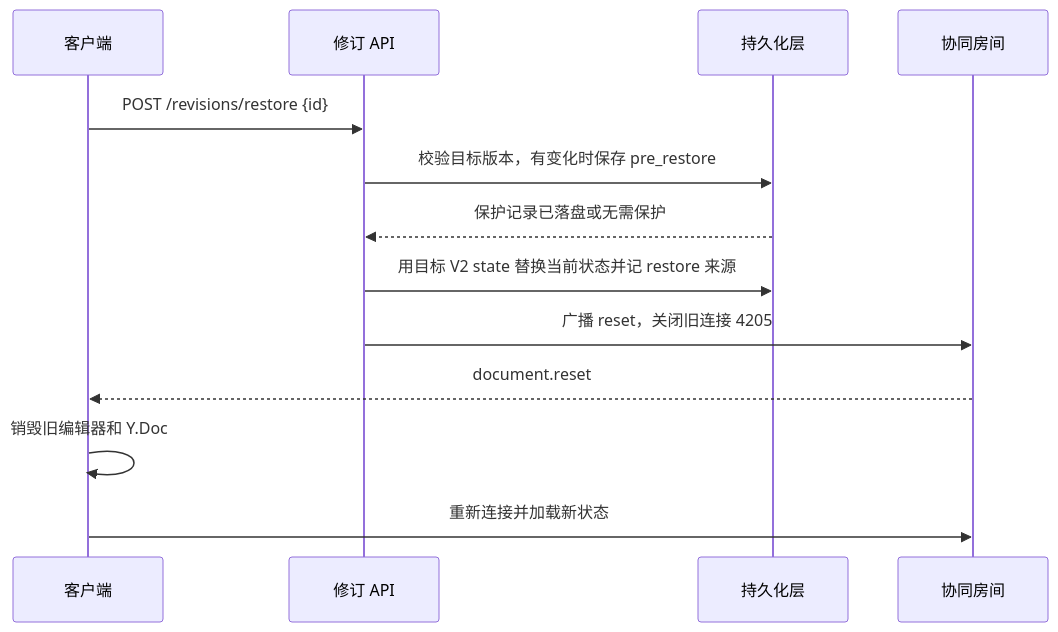
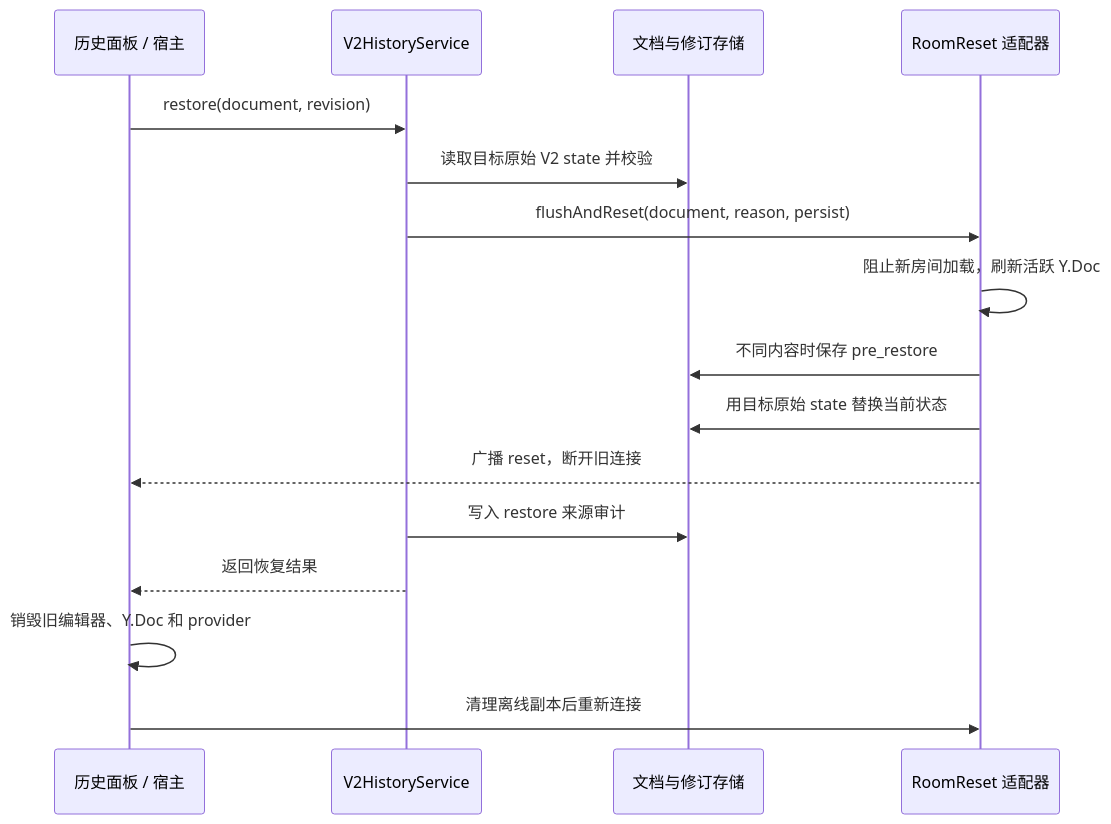
One commit to MoMeak9/tiptap-yjs-snapshot changed the second of 2 diagrams in docs/architecture.zh-CN.md. Above: the diagram before and after it, drawn with Mermaid. The commit also changed other lines of this file and 72 other files, not shown here.

Commit message:
feat: open-source adapted V2 revision history modules

````diff
--- a/docs/architecture.zh-CN.md
+++ b/docs/architecture.zh-CN.md
@@ -43,15 +48,18 @@
 ```mermaid
 sequenceDiagram
-  participant UI as 客户端
-  participant API as 修订 API
-  participant Store as 持久化层
-  participant Room as 协同房间
-  UI->>API: POST /revisions/restore {id}
-  API->>Store: 校验目标版本，有变化时保存 pre_restore
-  Store-->>API: 保护记录已落盘或无需保护
-  API->>Store: 用目标 V2 state 替换当前状态并记 restore 来源
-  API->>Room: 广播 reset，关闭旧连接 4205
-  Room-->>UI: document.reset
-  UI->>UI: 销毁旧编辑器和 Y.Doc
-  UI->>Room: 重新连接并加载新状态
+  participant UI as 历史面板 / 宿主
+  participant API as V2HistoryService
+  participant Store as 文档与修订存储
+  participant Room as RoomReset 适配器
+  UI->>API: restore(document, revision)
+  API->>Store: 读取目标原始 V2 state 并校验
+  API->>Room: flushAndReset(document, reason, persist)
+  Room->>Room: 阻止新房间加载，刷新活跃 Y.Doc
+  Room->>Store: 不同内容时保存 pre_restore
+  Room->>Store: 用目标原始 state 替换当前状态
+  Room-->>UI: 广播 reset，断开旧连接
+  API->>Store: 写入 restore 来源审计
+  API-->>UI: 返回恢复结果
+  UI->>UI: 销毁旧编辑器、Y.Doc 和 provider
+  UI->>Room: 清理离线副本后重新连接
 ```
````
